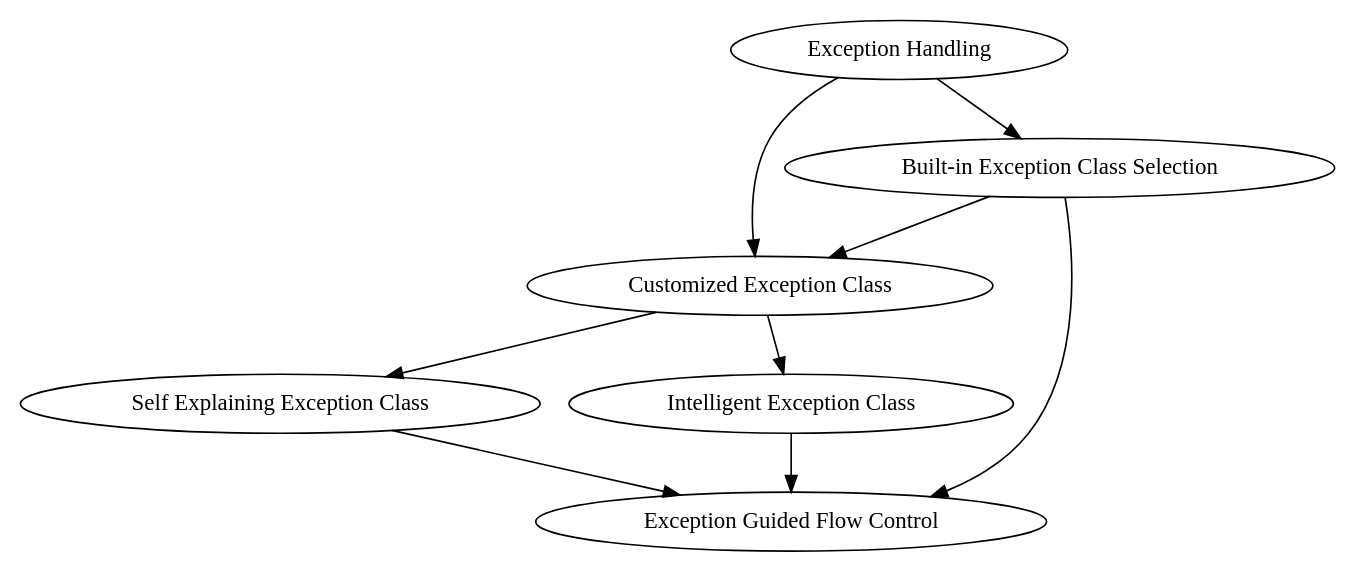
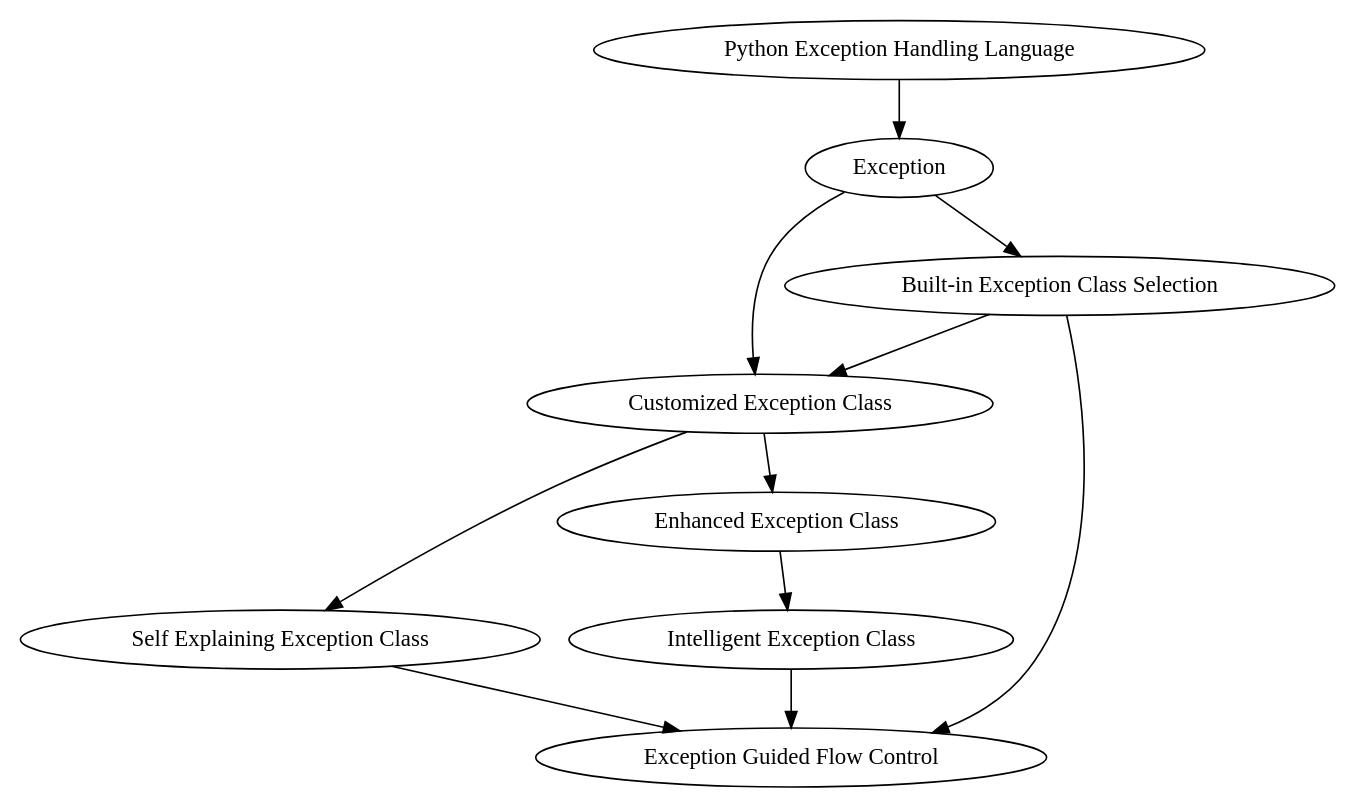
One commit to fkromer/eswp3 changed the diagram in design_languages/python_exception_handling.rst. Above: the diagram before and after it, drawn with Graphviz. The commit also changed other lines of this file, not shown here.

Commit message:
add: - "enhanced exception class" pattern - info to pattern "intelligent exception class"

```diff
--- a/design_languages/python_exception_handling.rst
+++ b/design_languages/python_exception_handling.rst
@@ -9,23 +9,25 @@
 .. graphviz::
 
-   digraph build_automation_language{
+   digraph python_exception_handling_language{
       // styling
       size="10";
-      
 
       // 1st to 2nd level node transitions
-      eh -> becs;
-      eh -> cec;
+      ehl -> e;
+      e -> becs;
+      e -> cec;
       becs -> egfc;
       becs -> cec;
       cec -> seec -> egfc;
-      cec -> iec -> egfc;
+      cec -> eec -> iec -> egfc;
 
       // nodes
-      eh [label="Exception Handling", href="../design_languages/python_exception_handling.html#exception-handling", target="_top"];
+      ehl [label="Python Exception Handling Language", href="../design_languages/python_exception_handling.html#python-exception-handling-language", target="_top"];
+      e [label="Exception", href="../design_languages/python_exception_handling.html#exception", target="_top"];
       becs [label="Built-in Exception Class Selection", href="../design_languages/python_exception_handling.html#built-in-exception-class-selection", target="_top"];
       cec [label="Customized Exception Class", href="../design_languages/python_exception_handling.html#customized-exception-class", target="_top"];
       seec [label="Self Explaining Exception Class", href="../design_languages/python_exception_handling.html#self-explaining-exception-class", target="_top"];
       iec [label="Intelligent Exception Class", href="../design_languages/python_exception_handling.html#intelligent-exception-class", target="_top"];
+      eec [label="Enhanced Exception Class", href="../design_languages/python_exception_handling.html#enhanced-exception-class", target="_top"];
       egfc [label="Exception Guided Flow Control", href="../design_languages/python_exception_handling.html#exception-guided-flow-control", target="_top"];
    }
```
